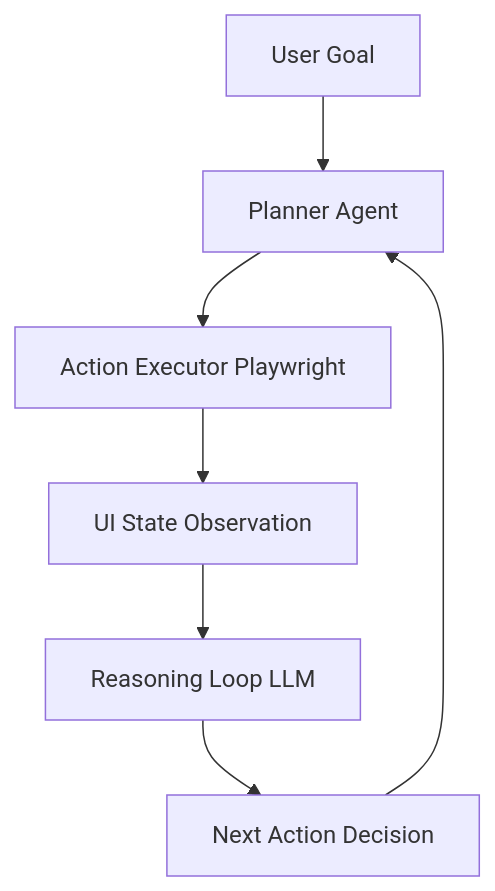
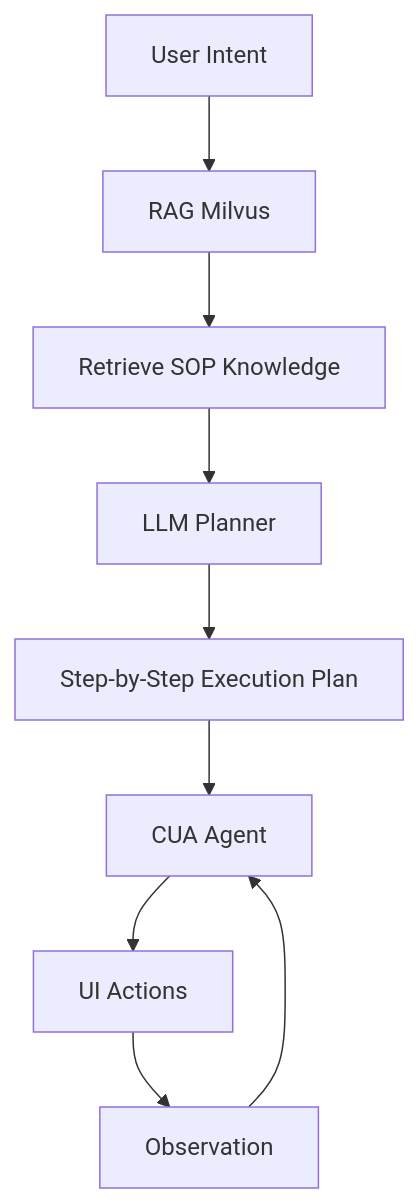
The second of 3 diagrams in README.md (pypi-ahmad/pypi-ahmad), drawn with Mermaid before and after one commit.

````diff
--- a/README.md
+++ b/README.md
@@ -371,9 +371,11 @@
 ```mermaid
 graph TD;
-    A[User Goal] --> B[Planner Agent];
-    B --> C[Action Executor Playwright];
-    C --> D[UI State Observation];
-    D --> E[Reasoning Loop LLM];
-    E --> F[Next Action Decision];
-    F --> B;
+    A[User Intent] --> B[RAG Milvus];
+    B --> C[Retrieve SOP Knowledge];
+    C --> D[LLM Planner];
+    D --> E[Step-by-Step Execution Plan];
+    E --> F[CUA Agent];
+    F --> G[UI Actions];
+    G --> H[Observation];
+    H --> F;
 ```
````
